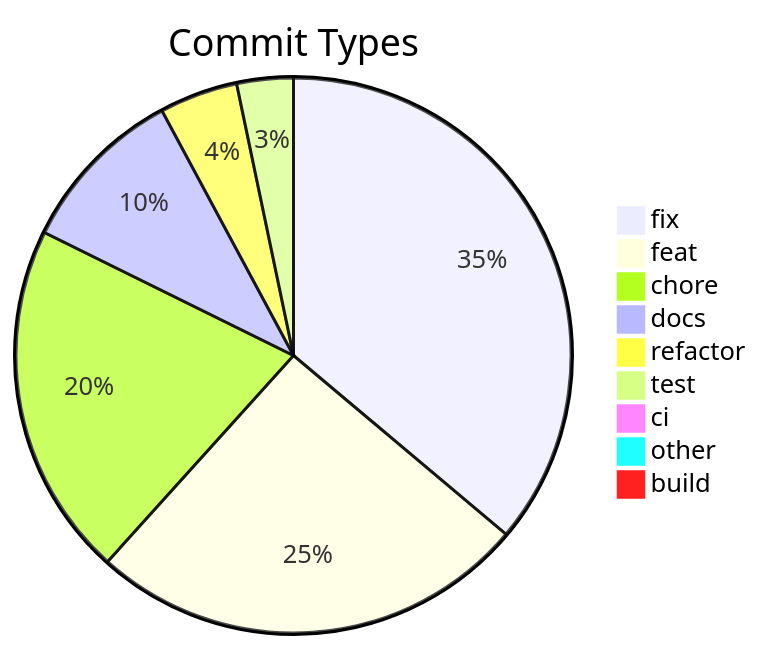
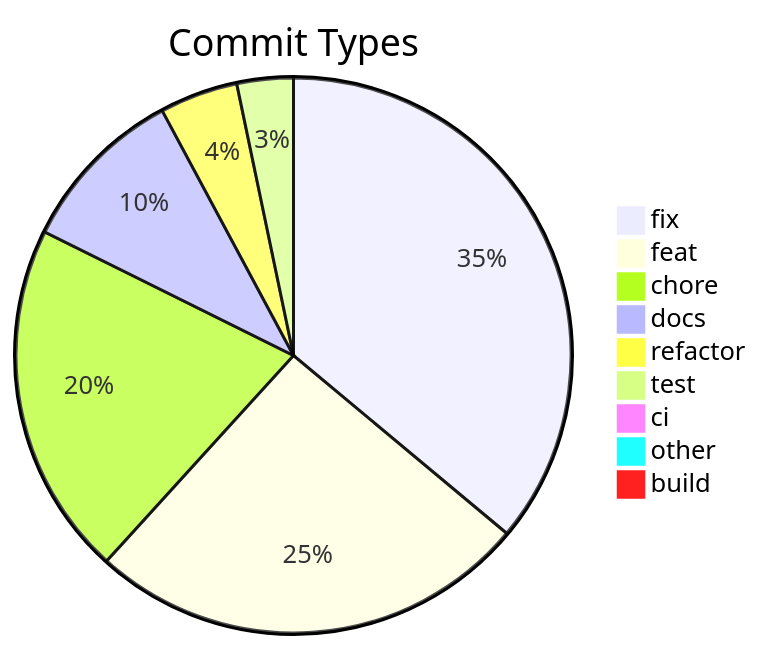
The diagram in .shipwright/compliance/change-history.md (svenroth-ai/shipwright-webui), drawn with Mermaid before and after one commit. The commit also changed other lines of this file and 16 other files, not shown here.

````diff
--- a/.shipwright/compliance/change-history.md
+++ b/.shipwright/compliance/change-history.md
@@ -8,12 +8,12 @@
 ```mermaid
 pie title Commit Types
     "fix" : 198
-    "feat" : 140
+    "feat" : 141
     "chore" : 113
     "docs" : 54
     "refactor" : 25
     "test" : 18
     "ci" : 5
     "other" : 4
     "build" : 1
 ```
````
